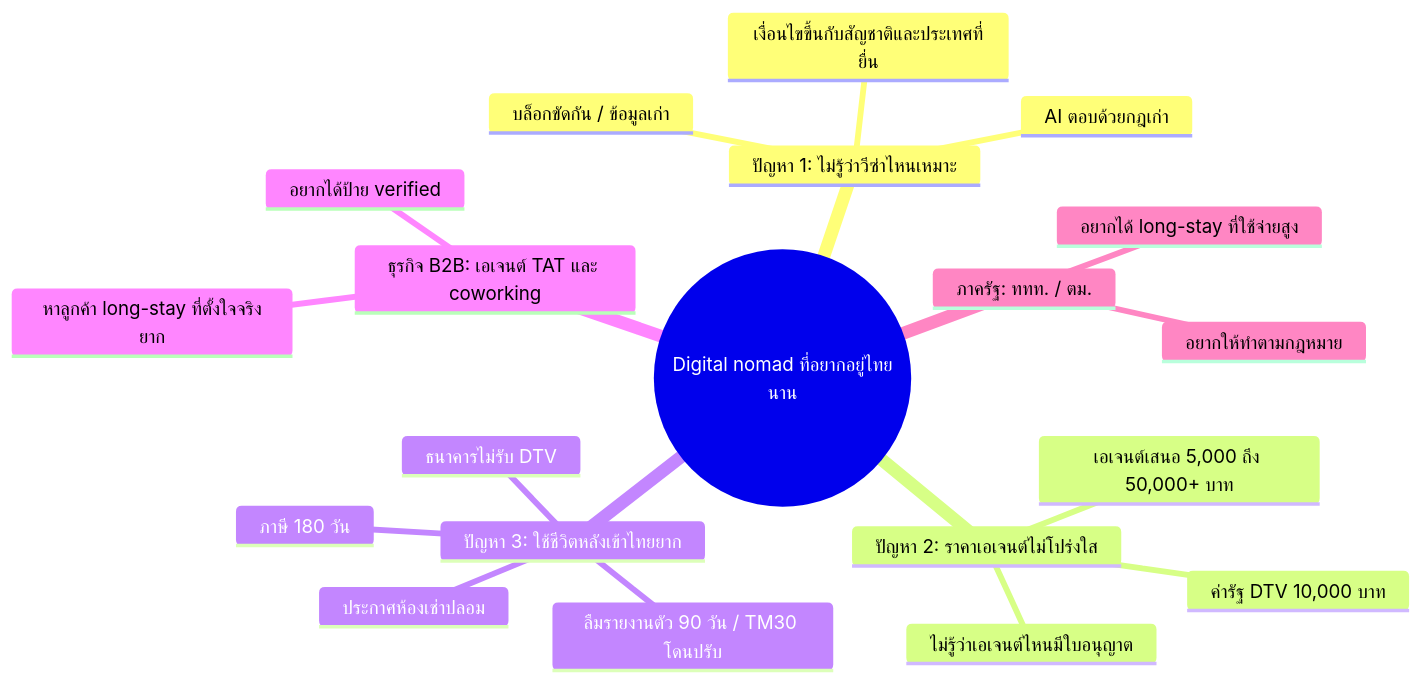
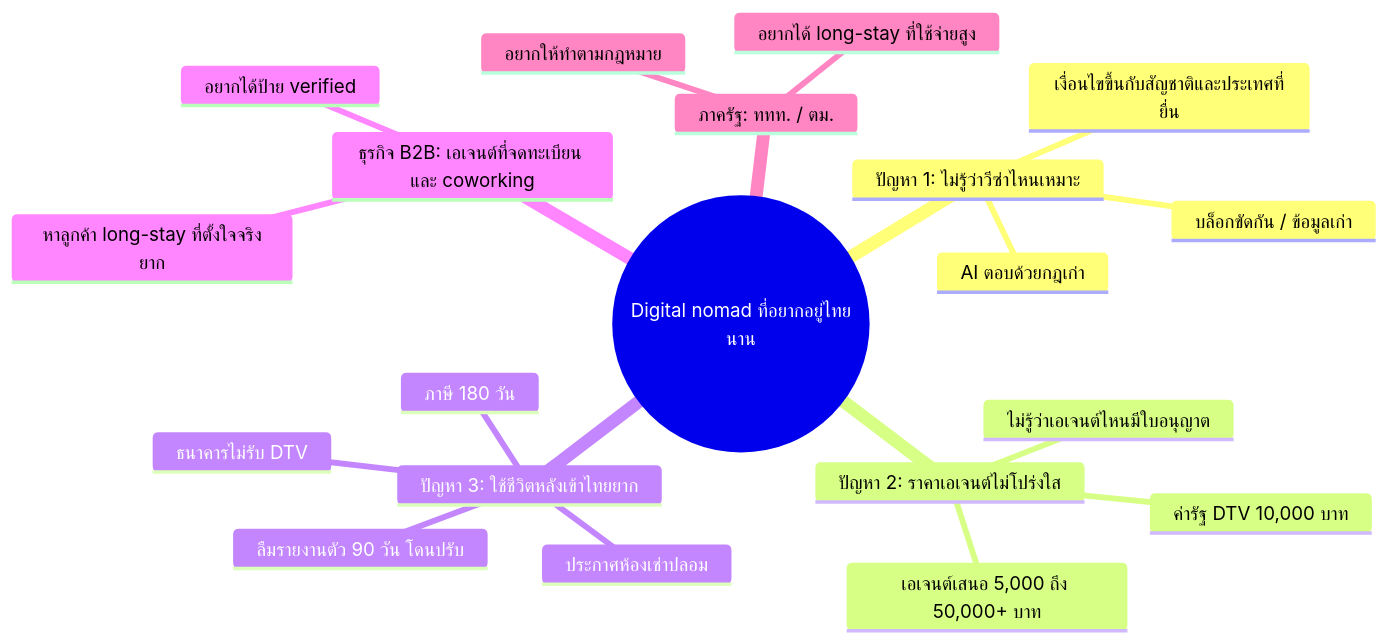
The diagram in docs/pitch/submission-th.md (PERPERn/yoo-yaao), drawn with Mermaid before and after one commit. The commit also changed other lines of this file and 32 other files, not shown here.

````diff
--- a/docs/pitch/submission-th.md
+++ b/docs/pitch/submission-th.md
@@ -49,23 +49,23 @@
 ```mermaid
 mindmap
   root((Digital nomad ที่อยากอยู่ไทยนาน))
     ปัญหา 1: ไม่รู้ว่าวีซ่าไหนเหมาะ
       เงื่อนไขขึ้นกับสัญชาติและประเทศที่ยื่น
       บล็อกขัดกัน / ข้อมูลเก่า
       AI ตอบด้วยกฎเก่า
     ปัญหา 2: ราคาเอเจนต์ไม่โปร่งใส
       ค่ารัฐ DTV 10,000 บาท
       เอเจนต์เสนอ 5,000 ถึง 50,000+ บาท
       ไม่รู้ว่าเอเจนต์ไหนมีใบอนุญาต
     ปัญหา 3: ใช้ชีวิตหลังเข้าไทยยาก
-      ลืมรายงานตัว 90 วัน / TM30 โดนปรับ
+      ลืมรายงานตัว 90 วัน โดนปรับ
       ภาษี 180 วัน
       ธนาคารไม่รับ DTV
       ประกาศห้องเช่าปลอม
-    ธุรกิจ B2B: เอเจนต์ TAT และ coworking
+    ธุรกิจ B2B: เอเจนต์ที่จดทะเบียน และ coworking
       หาลูกค้า long-stay ที่ตั้งใจจริงยาก
       อยากได้ป้าย verified
     ภาครัฐ: ททท. / ตม.
       อยากได้ long-stay ที่ใช้จ่ายสูง
       อยากให้ทำตามกฎหมาย
 ```
````
